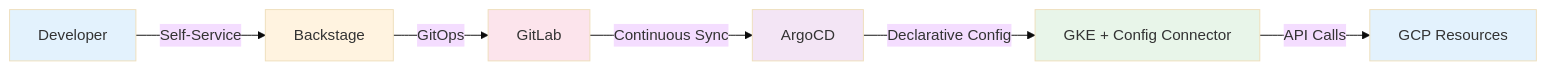
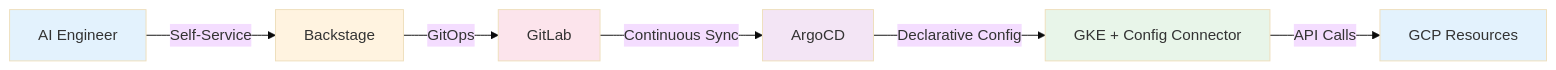
Before and after one commit to mysticrenji/backstage-gcp-goldenpath: the fifth of 5 diagrams in docs/00-architecture.md, drawn with Mermaid (base theme). The commit also changed other lines of this file and 6 other files, not shown here.

````diff
--- a/docs/00-architecture.md
+++ b/docs/00-architecture.md
@@ -293,15 +293,15 @@
 ```mermaid
 flowchart LR
-    A[Developer] -->|"Self-Service"| B[Backstage]
+    A[AI Engineer] -->|"Self-Service"| B[Backstage]
     B -->|"GitOps"| C[GitLab]
     C -->|"Continuous Sync"| D[ArgoCD]
     D -->|"Declarative Config"| E[GKE + Config Connector]
     E -->|"API Calls"| F[GCP Resources]
 
     style A fill:#e3f2fd
     style B fill:#fff3e0
     style C fill:#fce4ec
     style D fill:#f3e5f5
     style E fill:#e8f5e9
     style F fill:#e3f2fd
 ```
````
